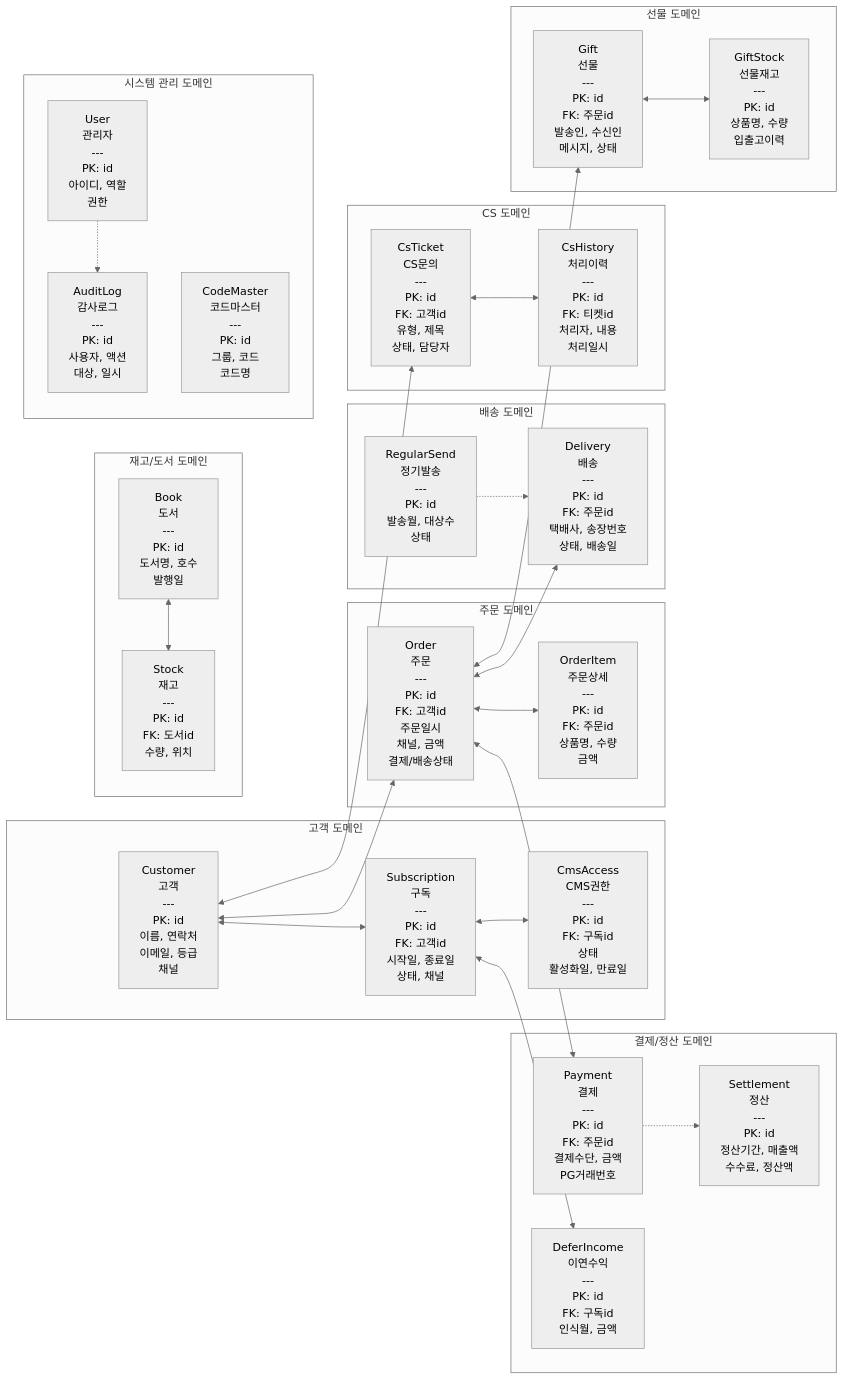
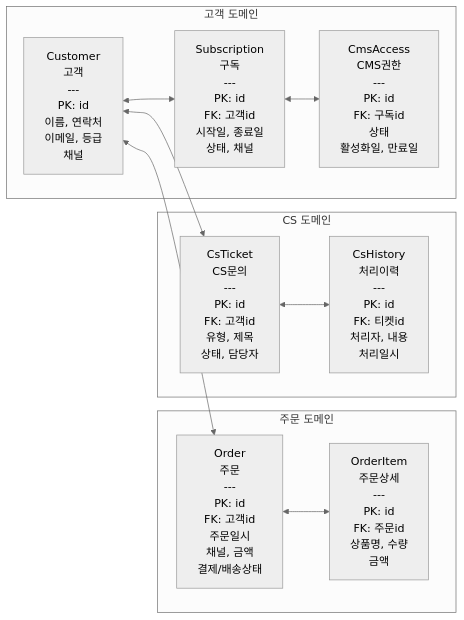
One commit to sknkwoxs/manual-book changed the second of 5 diagrams in src/content/docs/goodthinking-isp/04-design/data-integration.md. Above: the diagram before and after it, drawn with Mermaid (neutral theme). The commit also changed other lines of this file and 6 other files, not shown here.

````diff
--- a/src/content/docs/goodthinking-isp/04-design/data-integration.md
+++ b/src/content/docs/goodthinking-isp/04-design/data-integration.md
@@ -62,61 +50,25 @@
 ```mermaid
 graph LR
     subgraph Customer_Domain["고객 도메인"]
         Customer["Customer<br/>고객<br/>---<br/>PK: id<br/>이름, 연락처<br/>이메일, 등급<br/>채널"]
         Subscription["Subscription<br/>구독<br/>---<br/>PK: id<br/>FK: 고객id<br/>시작일, 종료일<br/>상태, 채널"]
         CmsAccess["CmsAccess<br/>CMS권한<br/>---<br/>PK: id<br/>FK: 구독id<br/>상태<br/>활성화일, 만료일"]
     end
     
     subgraph Order_Domain["주문 도메인"]
         Order["Order<br/>주문<br/>---<br/>PK: id<br/>FK: 고객id<br/>주문일시<br/>채널, 금액<br/>결제/배송상태"]
         OrderItem["OrderItem<br/>주문상세<br/>---<br/>PK: id<br/>FK: 주문id<br/>상품명, 수량<br/>금액"]
     end
     
-    subgraph Delivery_Domain["배송 도메인"]
-        Delivery["Delivery<br/>배송<br/>---<br/>PK: id<br/>FK: 주문id<br/>택배사, 송장번호<br/>상태, 배송일"]
-        RegularSend["RegularSend<br/>정기발송<br/>---<br/>PK: id<br/>발송월, 대상수<br/>상태"]
-    end
-    
-    subgraph Payment_Domain["결제/정산 도메인"]
-        Payment["Payment<br/>결제<br/>---<br/>PK: id<br/>FK: 주문id<br/>결제수단, 금액<br/>PG거래번호"]
-        Settlement["Settlement<br/>정산<br/>---<br/>PK: id<br/>정산기간, 매출액<br/>수수료, 정산액"]
-        DeferIncome["DeferIncome<br/>이연수익<br/>---<br/>PK: id<br/>FK: 구독id<br/>인식월, 금액"]
-    end
-    
     subgraph CS_Domain["CS 도메인"]
         CsTicket["CsTicket<br/>CS문의<br/>---<br/>PK: id<br/>FK: 고객id<br/>유형, 제목<br/>상태, 담당자"]
         CsHistory["CsHistory<br/>처리이력<br/>---<br/>PK: id<br/>FK: 티켓id<br/>처리자, 내용<br/>처리일시"]
     end
     
-    subgraph Gift_Domain["선물 도메인"]
-        Gift["Gift<br/>선물<br/>---<br/>PK: id<br/>FK: 주문id<br/>발송인, 수신인<br/>메시지, 상태"]
-        GiftStock["GiftStock<br/>선물재고<br/>---<br/>PK: id<br/>상품명, 수량<br/>입출고이력"]
-    end
-    
-    subgraph Inventory_Domain["재고/도서 도메인"]
-        Book["Book<br/>도서<br/>---<br/>PK: id<br/>도서명, 호수<br/>발행일"]
-        Stock["Stock<br/>재고<br/>---<br/>PK: id<br/>FK: 도서id<br/>수량, 위치"]
-    end
-    
-    subgraph System_Domain["시스템 관리 도메인"]
-        User["User<br/>관리자<br/>---<br/>PK: id<br/>아이디, 역할<br/>권한"]
-        AuditLog["AuditLog<br/>감사로그<br/>---<br/>PK: id<br/>사용자, 액션<br/>대상, 일시"]
-        CodeMaster["CodeMaster<br/>코드마스터<br/>---<br/>PK: id<br/>그룹, 코드<br/>코드명"]
-    end
-    
     Customer <--> Subscription
     Subscription <--> CmsAccess
-    Subscription <--> DeferIncome
     Customer <--> Order
     Order <--> OrderItem
-    Order <--> Payment
-    Order <--> Delivery
-    Order <--> Gift
     Customer <--> CsTicket
     CsTicket <--> CsHistory
-    Gift <--> GiftStock
-    Book <--> Stock
-    RegularSend -.-> Delivery
-    Payment -.-> Settlement
-    User -.-> AuditLog
 ```
````
